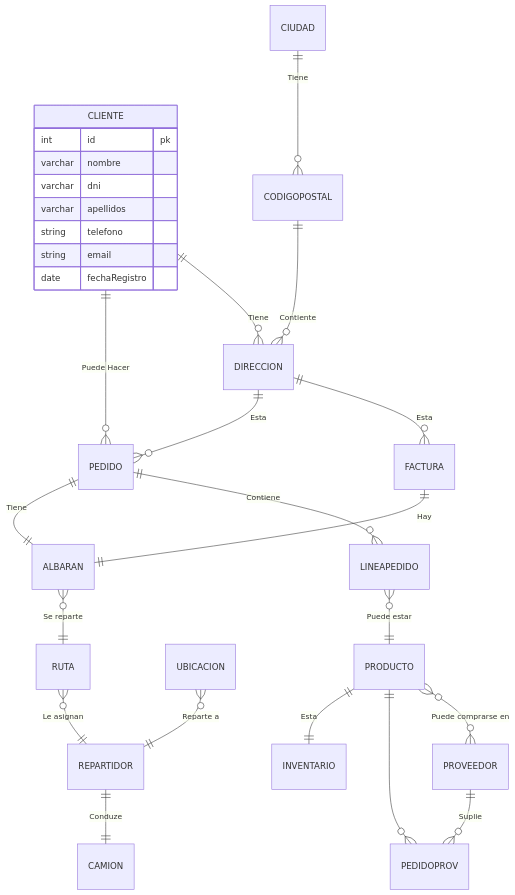
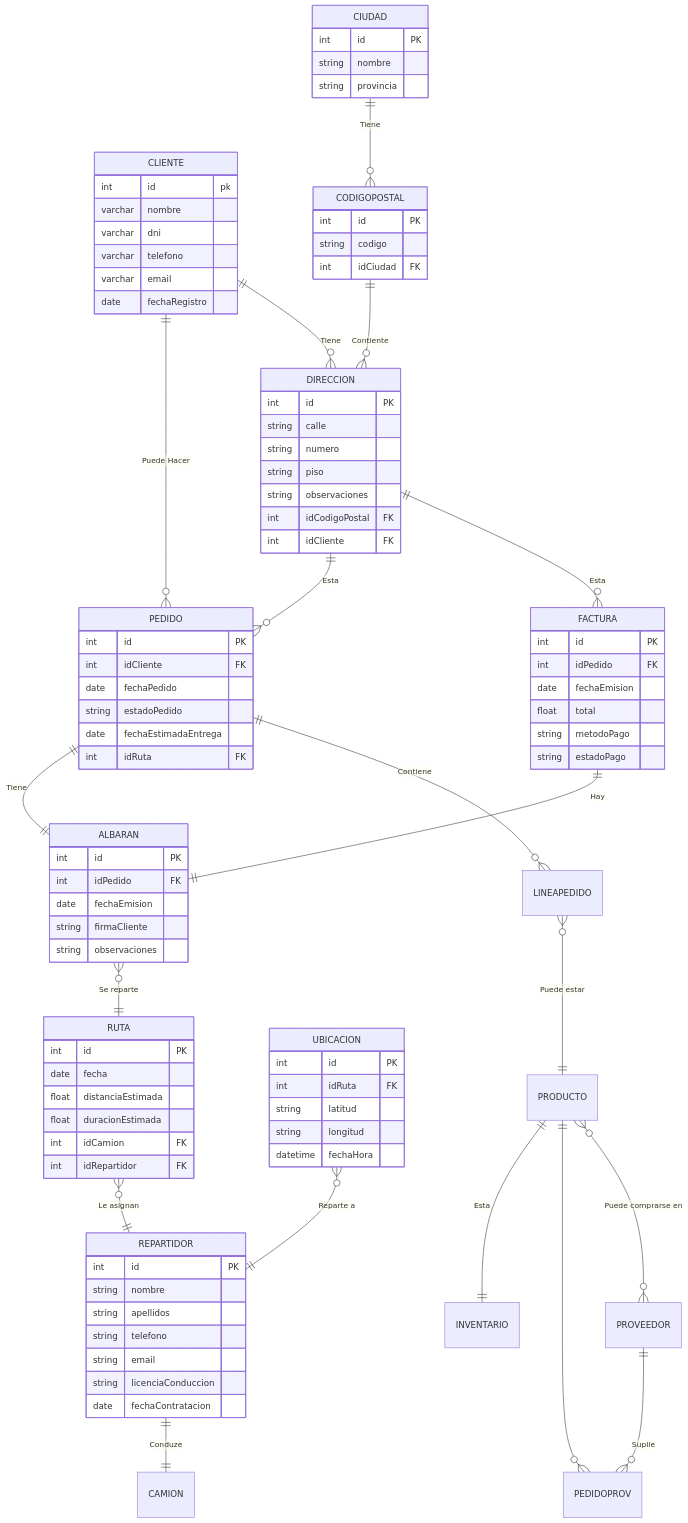
Before and after one commit to pedroporo/apuntesclase: the diagram in 01 Apuntes/DAM/Proyecto intermodular 2 de Desarrollo de aplicaciones multiplataforma/Inicio.md, drawn with Mermaid.

Commit message:
vault backup: 2025-10-06 17:21:32

```diff
--- a/01 Apuntes/DAM/Proyecto intermodular 2 de Desarrollo de aplicaciones multiplataforma/Inicio.md
+++ b/01 Apuntes/DAM/Proyecto intermodular 2 de Desarrollo de aplicaciones multiplataforma/Inicio.md
@@ -9,27 +9,76 @@
 	int id pk
 	varchar nombre
 	varchar dni
-	varchar apellidos 
-	string telefono string email date fechaRegistro
+	varchar telefono
+	varchar email 
+	date fechaRegistro
 }
 DIRECCION{
+	int id PK 
+	string calle 
+	string numero 
+	string piso 
+	string observaciones 
+	int idCodigoPostal FK 
+	int idCliente FK
 }
 
 CODIGOPOSTAL{
+	int id PK 
+	string codigo 
+	int idCiudad FK
 }
 CIUDAD{
+	int id PK 
+	string nombre 
+	string provincia
 }
 FACTURA{
+	int id PK 
+	int idPedido FK 
+	date fechaEmision 
+	float total 
+	string metodoPago 
+	string estadoPago
 }
 PEDIDO{
+	int id PK 
+	int idCliente FK 
+	date fechaPedido 
+	string estadoPedido 
+	date fechaEstimadaEntrega 
+	int idRuta FK
 }
 ALBARAN{
+	int id PK 
+	int idPedido FK 
+	date fechaEmision 
+	string firmaCliente 
+	string observaciones
 }
 RUTA{
+	int id PK 
+	date fecha 
+	float distanciaEstimada 
+	float duracionEstimada 
+	int idCamion FK 
+	int idRepartidor FK
 }
 REPARTIDOR{
+	int id PK 
+	string nombre 
+	string apellidos 
+	string telefono 
+	string email 
+	string licenciaConduccion 
+	date fechaContratacion
 }
 UBICACION{
+	int id PK 
+	int idRuta FK 
+	string latitud 
+	string longitud 
+	datetime fechaHora
 }
 CAMION{
 }
```
